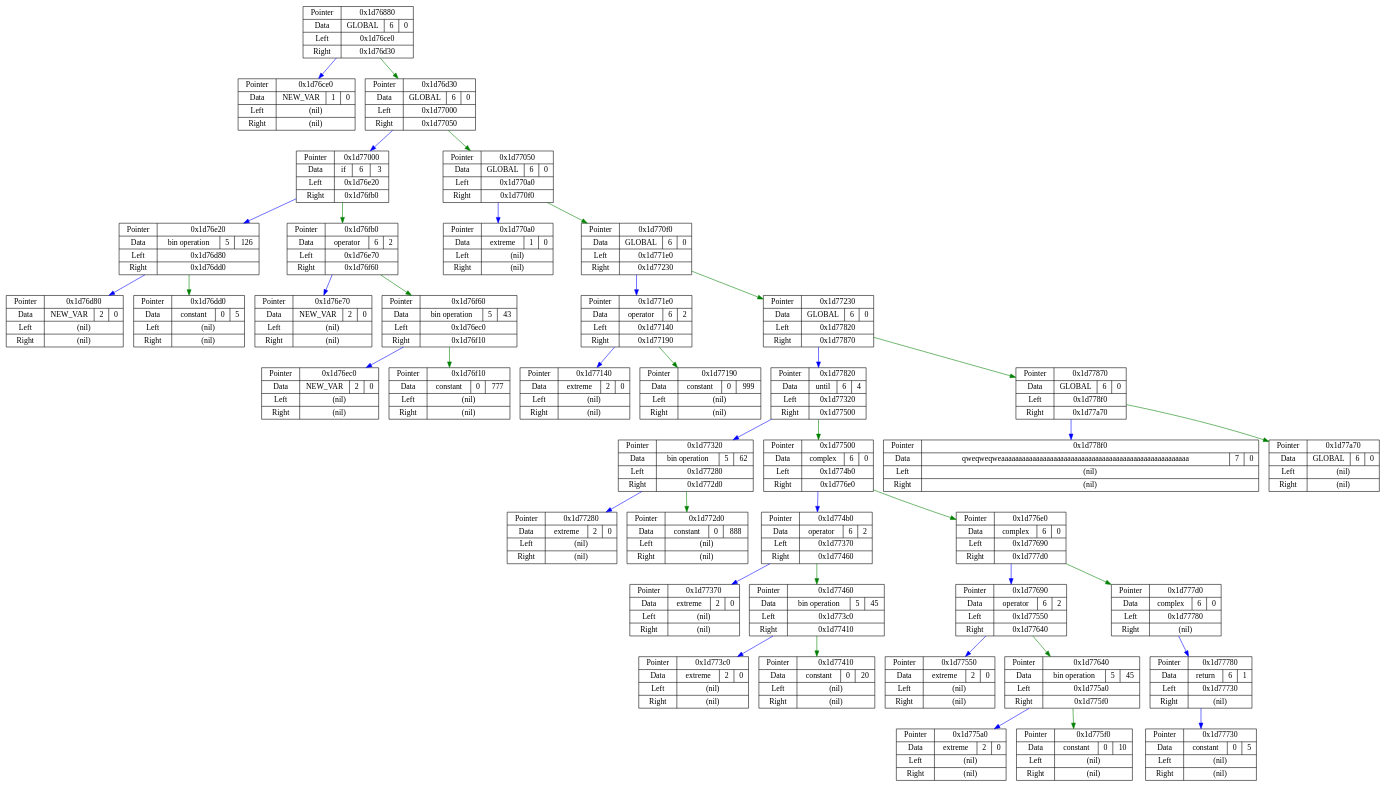
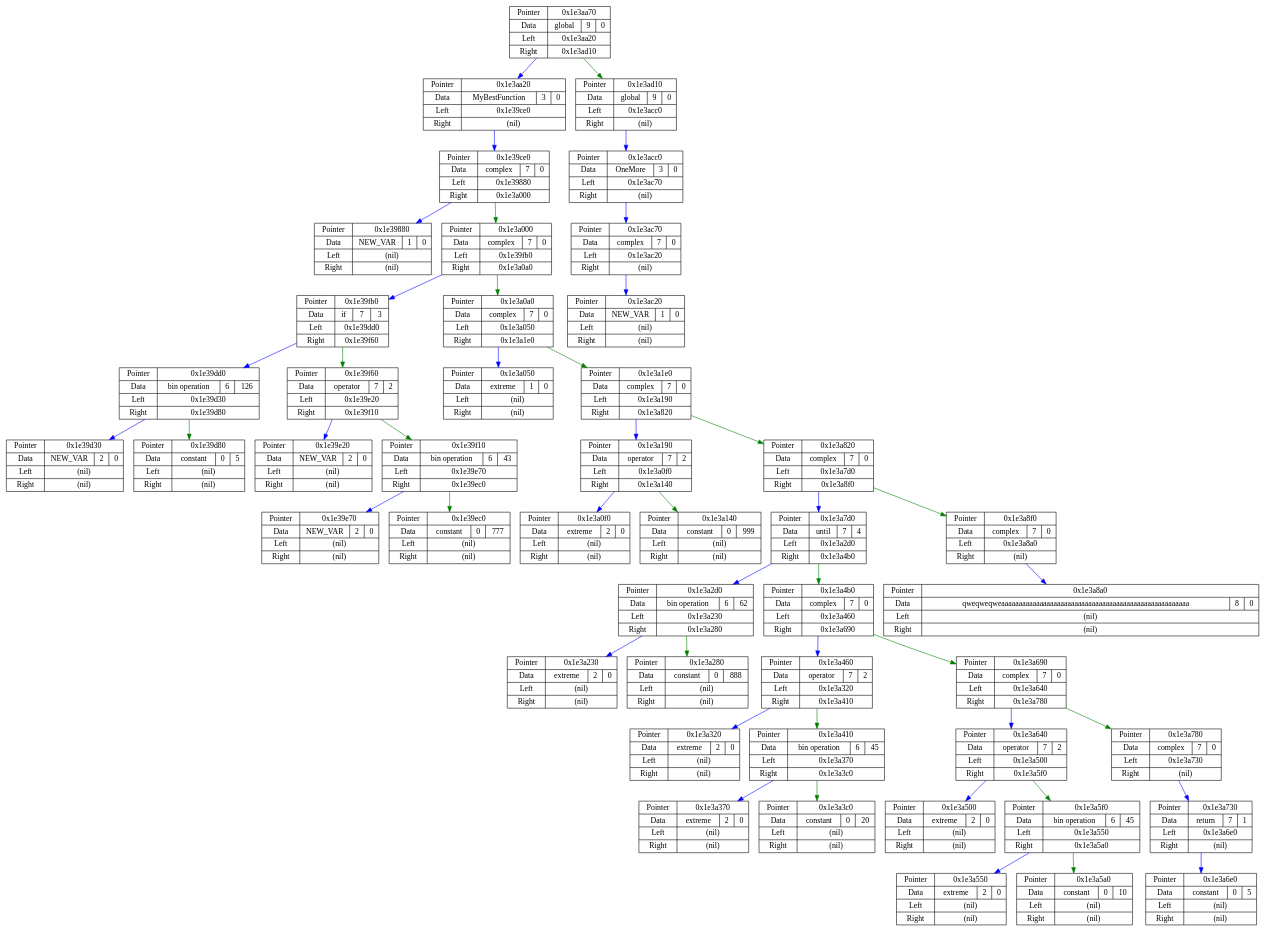
Before and after one commit to E3798211/JIT: the diagram in Junk/dotdata.dot, drawn with Graphviz. The commit also changed 4 other files, not shown here.

```diff
--- a/Junk/dotdata.dot
+++ b/Junk/dotdata.dot
@@ -1,84 +1,94 @@
 digraph G {
 node[shape = record];
-30894208  [label = "{ Pointer | Data | Left | Right }  | { 0x1d76880 | { GLOBAL | 6 | 0 } | 0x1d76ce0 | 0x1d76d30 }"];
-30895328  [label = "{ Pointer | Data | Left | Right }  | { 0x1d76ce0 | { NEW_VAR | 1 | 0 } | (nil) | (nil) }"];
-30895408  [label = "{ Pointer | Data | Left | Right }  | { 0x1d76d30 | { GLOBAL | 6 | 0 } | 0x1d77000 | 0x1d77050 }"];
-30896128  [label = "{ Pointer | Data | Left | Right }  | { 0x1d77000 | { if | 6 | 3 } | 0x1d76e20 | 0x1d76fb0 }"];
-30895648  [label = "{ Pointer | Data | Left | Right }  | { 0x1d76e20 | { bin operation | 5 | 126 } | 0x1d76d80 | 0x1d76dd0 }"];
-30895488  [label = "{ Pointer | Data | Left | Right }  | { 0x1d76d80 | { NEW_VAR | 2 | 0 } | (nil) | (nil) }"];
-30895568  [label = "{ Pointer | Data | Left | Right }  | { 0x1d76dd0 | { constant | 0 | 5 } | (nil) | (nil) }"];
-30896048  [label = "{ Pointer | Data | Left | Right }  | { 0x1d76fb0 | { operator | 6 | 2 } | 0x1d76e70 | 0x1d76f60 }"];
-30895728  [label = "{ Pointer | Data | Left | Right }  | { 0x1d76e70 | { NEW_VAR | 2 | 0 } | (nil) | (nil) }"];
-30895968  [label = "{ Pointer | Data | Left | Right }  | { 0x1d76f60 | { bin operation | 5 | 43 } | 0x1d76ec0 | 0x1d76f10 }"];
-30895808  [label = "{ Pointer | Data | Left | Right }  | { 0x1d76ec0 | { NEW_VAR | 2 | 0 } | (nil) | (nil) }"];
-30895888  [label = "{ Pointer | Data | Left | Right }  | { 0x1d76f10 | { constant | 0 | 777 } | (nil) | (nil) }"];
-30896208  [label = "{ Pointer | Data | Left | Right }  | { 0x1d77050 | { GLOBAL | 6 | 0 } | 0x1d770a0 | 0x1d770f0 }"];
-30896288  [label = "{ Pointer | Data | Left | Right }  | { 0x1d770a0 | { extreme | 1 | 0 } | (nil) | (nil) }"];
-30896368  [label = "{ Pointer | Data | Left | Right }  | { 0x1d770f0 | { GLOBAL | 6 | 0 } | 0x1d771e0 | 0x1d77230 }"];
-30896608  [label = "{ Pointer | Data | Left | Right }  | { 0x1d771e0 | { operator | 6 | 2 } | 0x1d77140 | 0x1d77190 }"];
-30896448  [label = "{ Pointer | Data | Left | Right }  | { 0x1d77140 | { extreme | 2 | 0 } | (nil) | (nil) }"];
-30896528  [label = "{ Pointer | Data | Left | Right }  | { 0x1d77190 | { constant | 0 | 999 } | (nil) | (nil) }"];
-30896688  [label = "{ Pointer | Data | Left | Right }  | { 0x1d77230 | { GLOBAL | 6 | 0 } | 0x1d77820 | 0x1d77870 }"];
-30898208  [label = "{ Pointer | Data | Left | Right }  | { 0x1d77820 | { until | 6 | 4 } | 0x1d77320 | 0x1d77500 }"];
-30896928  [label = "{ Pointer | Data | Left | Right }  | { 0x1d77320 | { bin operation | 5 | 62 } | 0x1d77280 | 0x1d772d0 }"];
-30896768  [label = "{ Pointer | Data | Left | Right }  | { 0x1d77280 | { extreme | 2 | 0 } | (nil) | (nil) }"];
-30896848  [label = "{ Pointer | Data | Left | Right }  | { 0x1d772d0 | { constant | 0 | 888 } | (nil) | (nil) }"];
-30897408  [label = "{ Pointer | Data | Left | Right }  | { 0x1d77500 | { complex | 6 | 0 } | 0x1d774b0 | 0x1d776e0 }"];
-30897328  [label = "{ Pointer | Data | Left | Right }  | { 0x1d774b0 | { operator | 6 | 2 } | 0x1d77370 | 0x1d77460 }"];
-30897008  [label = "{ Pointer | Data | Left | Right }  | { 0x1d77370 | { extreme | 2 | 0 } | (nil) | (nil) }"];
-30897248  [label = "{ Pointer | Data | Left | Right }  | { 0x1d77460 | { bin operation | 5 | 45 } | 0x1d773c0 | 0x1d77410 }"];
-30897088  [label = "{ Pointer | Data | Left | Right }  | { 0x1d773c0 | { extreme | 2 | 0 } | (nil) | (nil) }"];
-30897168  [label = "{ Pointer | Data | Left | Right }  | { 0x1d77410 | { constant | 0 | 20 } | (nil) | (nil) }"];
-30897888  [label = "{ Pointer | Data | Left | Right }  | { 0x1d776e0 | { complex | 6 | 0 } | 0x1d77690 | 0x1d777d0 }"];
-30897808  [label = "{ Pointer | Data | Left | Right }  | { 0x1d77690 | { operator | 6 | 2 } | 0x1d77550 | 0x1d77640 }"];
-30897488  [label = "{ Pointer | Data | Left | Right }  | { 0x1d77550 | { extreme | 2 | 0 } | (nil) | (nil) }"];
-30897728  [label = "{ Pointer | Data | Left | Right }  | { 0x1d77640 | { bin operation | 5 | 45 } | 0x1d775a0 | 0x1d775f0 }"];
-30897568  [label = "{ Pointer | Data | Left | Right }  | { 0x1d775a0 | { extreme | 2 | 0 } | (nil) | (nil) }"];
-30897648  [label = "{ Pointer | Data | Left | Right }  | { 0x1d775f0 | { constant | 0 | 10 } | (nil) | (nil) }"];
-30898128  [label = "{ Pointer | Data | Left | Right }  | { 0x1d777d0 | { complex | 6 | 0 } | 0x1d77780 | (nil) }"];
-30898048  [label = "{ Pointer | Data | Left | Right }  | { 0x1d77780 | { return | 6 | 1 } | 0x1d77730 | (nil) }"];
-30897968  [label = "{ Pointer | Data | Left | Right }  | { 0x1d77730 | { constant | 0 | 5 } | (nil) | (nil) }"];
-30898288  [label = "{ Pointer | Data | Left | Right }  | { 0x1d77870 | { GLOBAL | 6 | 0 } | 0x1d778f0 | 0x1d77a70 }"];
-30898416  [label = "{ Pointer | Data | Left | Right }  | { 0x1d778f0 | { qweqweqweaaaaaaaaaaaaaaaaaaaaaaaaaaaaaaaaaaaaaaaaaaaaaaaaaaaaaa | 7 | 0 } | (nil) | (nil) }"];
-30898800  [label = "{ Pointer | Data | Left | Right }  | { 0x1d77a70 | { GLOBAL | 6 | 0 } | (nil) | (nil) }"];
-30894208 -> 30895328 [color = blue];
-30894208 -> 30895408 [color = green];
-30895408 -> 30896128 [color = blue];
-30895408 -> 30896208 [color = green];
-30896128 -> 30895648 [color = blue];
-30896128 -> 30896048 [color = green];
-30895648 -> 30895488 [color = blue];
-30895648 -> 30895568 [color = green];
-30896048 -> 30895728 [color = blue];
-30896048 -> 30895968 [color = green];
-30895968 -> 30895808 [color = blue];
-30895968 -> 30895888 [color = green];
-30896208 -> 30896288 [color = blue];
-30896208 -> 30896368 [color = green];
-30896368 -> 30896608 [color = blue];
-30896368 -> 30896688 [color = green];
-30896608 -> 30896448 [color = blue];
-30896608 -> 30896528 [color = green];
-30896688 -> 30898208 [color = blue];
-30896688 -> 30898288 [color = green];
-30898208 -> 30896928 [color = blue];
-30898208 -> 30897408 [color = green];
-30896928 -> 30896768 [color = blue];
-30896928 -> 30896848 [color = green];
-30897408 -> 30897328 [color = blue];
-30897408 -> 30897888 [color = green];
-30897328 -> 30897008 [color = blue];
-30897328 -> 30897248 [color = green];
-30897248 -> 30897088 [color = blue];
-30897248 -> 30897168 [color = green];
-30897888 -> 30897808 [color = blue];
-30897888 -> 30898128 [color = green];
-30897808 -> 30897488 [color = blue];
-30897808 -> 30897728 [color = green];
-30897728 -> 30897568 [color = blue];
-30897728 -> 30897648 [color = green];
-30898128 -> 30898048 [color = blue];
-30898048 -> 30897968 [color = blue];
-30898288 -> 30898416 [color = blue];
-30898288 -> 30898800 [color = green];
+31697520  [label = "{ Pointer | Data | Left | Right }  | { 0x1e3aa70 | { global | 9 | 0 } | 0x1e3aa20 | 0x1e3ad10 }"];
+31697440  [label = "{ Pointer | Data | Left | Right }  | { 0x1e3aa20 | { MyBestFunction | 3 | 0 } | 0x1e39ce0 | (nil) }"];
+31694048  [label = "{ Pointer | Data | Left | Right }  | { 0x1e39ce0 | { complex | 7 | 0 } | 0x1e39880 | 0x1e3a000 }"];
+31692928  [label = "{ Pointer | Data | Left | Right }  | { 0x1e39880 | { NEW_VAR | 1 | 0 } | (nil) | (nil) }"];
+31694848  [label = "{ Pointer | Data | Left | Right }  | { 0x1e3a000 | { complex | 7 | 0 } | 0x1e39fb0 | 0x1e3a0a0 }"];
+31694768  [label = "{ Pointer | Data | Left | Right }  | { 0x1e39fb0 | { if | 7 | 3 } | 0x1e39dd0 | 0x1e39f60 }"];
+31694288  [label = "{ Pointer | Data | Left | Right }  | { 0x1e39dd0 | { bin operation | 6 | 126 } | 0x1e39d30 | 0x1e39d80 }"];
+31694128  [label = "{ Pointer | Data | Left | Right }  | { 0x1e39d30 | { NEW_VAR | 2 | 0 } | (nil) | (nil) }"];
+31694208  [label = "{ Pointer | Data | Left | Right }  | { 0x1e39d80 | { constant | 0 | 5 } | (nil) | (nil) }"];
+31694688  [label = "{ Pointer | Data | Left | Right }  | { 0x1e39f60 | { operator | 7 | 2 } | 0x1e39e20 | 0x1e39f10 }"];
+31694368  [label = "{ Pointer | Data | Left | Right }  | { 0x1e39e20 | { NEW_VAR | 2 | 0 } | (nil) | (nil) }"];
+31694608  [label = "{ Pointer | Data | Left | Right }  | { 0x1e39f10 | { bin operation | 6 | 43 } | 0x1e39e70 | 0x1e39ec0 }"];
+31694448  [label = "{ Pointer | Data | Left | Right }  | { 0x1e39e70 | { NEW_VAR | 2 | 0 } | (nil) | (nil) }"];
+31694528  [label = "{ Pointer | Data | Left | Right }  | { 0x1e39ec0 | { constant | 0 | 777 } | (nil) | (nil) }"];
+31695008  [label = "{ Pointer | Data | Left | Right }  | { 0x1e3a0a0 | { complex | 7 | 0 } | 0x1e3a050 | 0x1e3a1e0 }"];
+31694928  [label = "{ Pointer | Data | Left | Right }  | { 0x1e3a050 | { extreme | 1 | 0 } | (nil) | (nil) }"];
+31695328  [label = "{ Pointer | Data | Left | Right }  | { 0x1e3a1e0 | { complex | 7 | 0 } | 0x1e3a190 | 0x1e3a820 }"];
+31695248  [label = "{ Pointer | Data | Left | Right }  | { 0x1e3a190 | { operator | 7 | 2 } | 0x1e3a0f0 | 0x1e3a140 }"];
+31695088  [label = "{ Pointer | Data | Left | Right }  | { 0x1e3a0f0 | { extreme | 2 | 0 } | (nil) | (nil) }"];
+31695168  [label = "{ Pointer | Data | Left | Right }  | { 0x1e3a140 | { constant | 0 | 999 } | (nil) | (nil) }"];
+31696928  [label = "{ Pointer | Data | Left | Right }  | { 0x1e3a820 | { complex | 7 | 0 } | 0x1e3a7d0 | 0x1e3a8f0 }"];
+31696848  [label = "{ Pointer | Data | Left | Right }  | { 0x1e3a7d0 | { until | 7 | 4 } | 0x1e3a2d0 | 0x1e3a4b0 }"];
+31695568  [label = "{ Pointer | Data | Left | Right }  | { 0x1e3a2d0 | { bin operation | 6 | 62 } | 0x1e3a230 | 0x1e3a280 }"];
+31695408  [label = "{ Pointer | Data | Left | Right }  | { 0x1e3a230 | { extreme | 2 | 0 } | (nil) | (nil) }"];
+31695488  [label = "{ Pointer | Data | Left | Right }  | { 0x1e3a280 | { constant | 0 | 888 } | (nil) | (nil) }"];
+31696048  [label = "{ Pointer | Data | Left | Right }  | { 0x1e3a4b0 | { complex | 7 | 0 } | 0x1e3a460 | 0x1e3a690 }"];
+31695968  [label = "{ Pointer | Data | Left | Right }  | { 0x1e3a460 | { operator | 7 | 2 } | 0x1e3a320 | 0x1e3a410 }"];
+31695648  [label = "{ Pointer | Data | Left | Right }  | { 0x1e3a320 | { extreme | 2 | 0 } | (nil) | (nil) }"];
+31695888  [label = "{ Pointer | Data | Left | Right }  | { 0x1e3a410 | { bin operation | 6 | 45 } | 0x1e3a370 | 0x1e3a3c0 }"];
+31695728  [label = "{ Pointer | Data | Left | Right }  | { 0x1e3a370 | { extreme | 2 | 0 } | (nil) | (nil) }"];
+31695808  [label = "{ Pointer | Data | Left | Right }  | { 0x1e3a3c0 | { constant | 0 | 20 } | (nil) | (nil) }"];
+31696528  [label = "{ Pointer | Data | Left | Right }  | { 0x1e3a690 | { complex | 7 | 0 } | 0x1e3a640 | 0x1e3a780 }"];
+31696448  [label = "{ Pointer | Data | Left | Right }  | { 0x1e3a640 | { operator | 7 | 2 } | 0x1e3a500 | 0x1e3a5f0 }"];
+31696128  [label = "{ Pointer | Data | Left | Right }  | { 0x1e3a500 | { extreme | 2 | 0 } | (nil) | (nil) }"];
+31696368  [label = "{ Pointer | Data | Left | Right }  | { 0x1e3a5f0 | { bin operation | 6 | 45 } | 0x1e3a550 | 0x1e3a5a0 }"];
+31696208  [label = "{ Pointer | Data | Left | Right }  | { 0x1e3a550 | { extreme | 2 | 0 } | (nil) | (nil) }"];
+31696288  [label = "{ Pointer | Data | Left | Right }  | { 0x1e3a5a0 | { constant | 0 | 10 } | (nil) | (nil) }"];
+31696768  [label = "{ Pointer | Data | Left | Right }  | { 0x1e3a780 | { complex | 7 | 0 } | 0x1e3a730 | (nil) }"];
+31696688  [label = "{ Pointer | Data | Left | Right }  | { 0x1e3a730 | { return | 7 | 1 } | 0x1e3a6e0 | (nil) }"];
+31696608  [label = "{ Pointer | Data | Left | Right }  | { 0x1e3a6e0 | { constant | 0 | 5 } | (nil) | (nil) }"];
+31697136  [label = "{ Pointer | Data | Left | Right }  | { 0x1e3a8f0 | { complex | 7 | 0 } | 0x1e3a8a0 | (nil) }"];
+31697056  [label = "{ Pointer | Data | Left | Right }  | { 0x1e3a8a0 | { qweqweqweaaaaaaaaaaaaaaaaaaaaaaaaaaaaaaaaaaaaaaaaaaaaaaaaaaaaaa | 8 | 0 } | (nil) | (nil) }"];
+31698192  [label = "{ Pointer | Data | Left | Right }  | { 0x1e3ad10 | { global | 9 | 0 } | 0x1e3acc0 | (nil) }"];
+31698112  [label = "{ Pointer | Data | Left | Right }  | { 0x1e3acc0 | { OneMore | 3 | 0 } | 0x1e3ac70 | (nil) }"];
+31698032  [label = "{ Pointer | Data | Left | Right }  | { 0x1e3ac70 | { complex | 7 | 0 } | 0x1e3ac20 | (nil) }"];
+31697952  [label = "{ Pointer | Data | Left | Right }  | { 0x1e3ac20 | { NEW_VAR | 1 | 0 } | (nil) | (nil) }"];
+31697520 -> 31697440 [color = blue];
+31697520 -> 31698192 [color = green];
+31697440 -> 31694048 [color = blue];
+31694048 -> 31692928 [color = blue];
+31694048 -> 31694848 [color = green];
+31694848 -> 31694768 [color = blue];
+31694848 -> 31695008 [color = green];
+31694768 -> 31694288 [color = blue];
+31694768 -> 31694688 [color = green];
+31694288 -> 31694128 [color = blue];
+31694288 -> 31694208 [color = green];
+31694688 -> 31694368 [color = blue];
+31694688 -> 31694608 [color = green];
+31694608 -> 31694448 [color = blue];
+31694608 -> 31694528 [color = green];
+31695008 -> 31694928 [color = blue];
+31695008 -> 31695328 [color = green];
+31695328 -> 31695248 [color = blue];
+31695328 -> 31696928 [color = green];
+31695248 -> 31695088 [color = blue];
+31695248 -> 31695168 [color = green];
+31696928 -> 31696848 [color = blue];
+31696928 -> 31697136 [color = green];
+31696848 -> 31695568 [color = blue];
+31696848 -> 31696048 [color = green];
+31695568 -> 31695408 [color = blue];
+31695568 -> 31695488 [color = green];
+31696048 -> 31695968 [color = blue];
+31696048 -> 31696528 [color = green];
+31695968 -> 31695648 [color = blue];
+31695968 -> 31695888 [color = green];
+31695888 -> 31695728 [color = blue];
+31695888 -> 31695808 [color = green];
+31696528 -> 31696448 [color = blue];
+31696528 -> 31696768 [color = green];
+31696448 -> 31696128 [color = blue];
+31696448 -> 31696368 [color = green];
+31696368 -> 31696208 [color = blue];
+31696368 -> 31696288 [color = green];
+31696768 -> 31696688 [color = blue];
+31696688 -> 31696608 [color = blue];
+31697136 -> 31697056 [color = blue];
+31698192 -> 31698112 [color = blue];
+31698112 -> 31698032 [color = blue];
+31698032 -> 31697952 [color = blue];
 }
```
